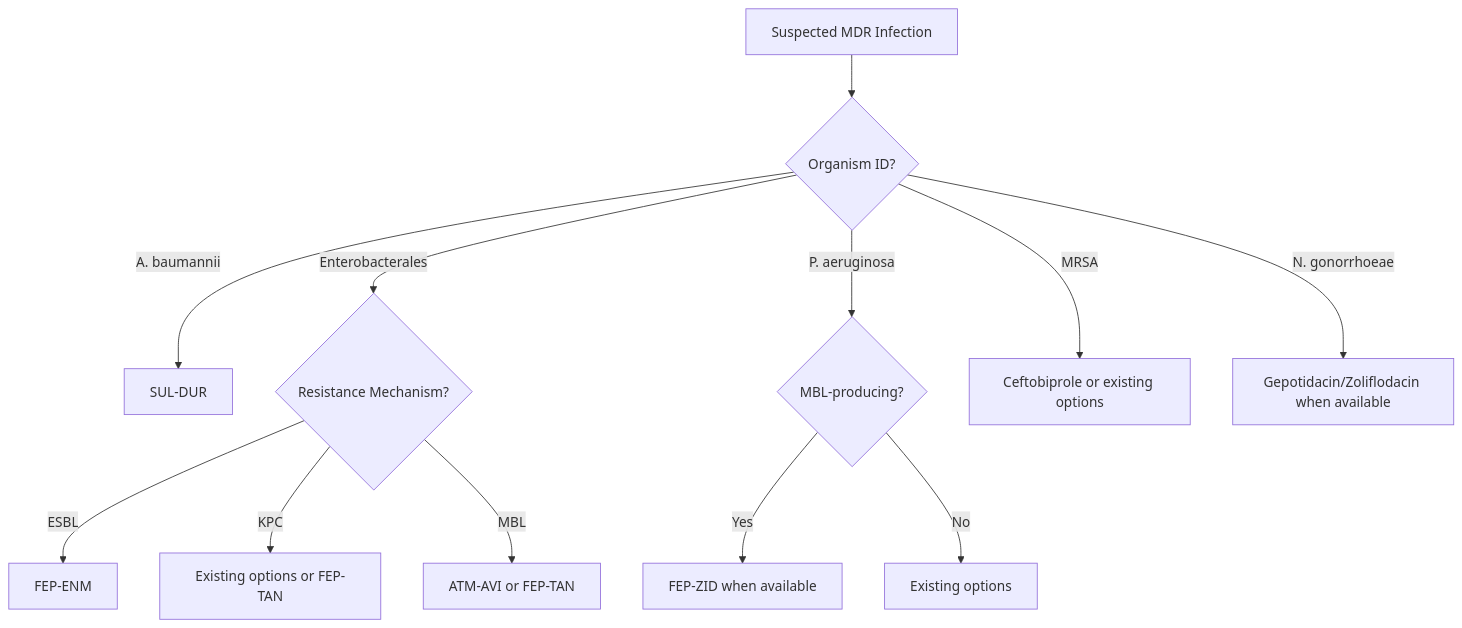
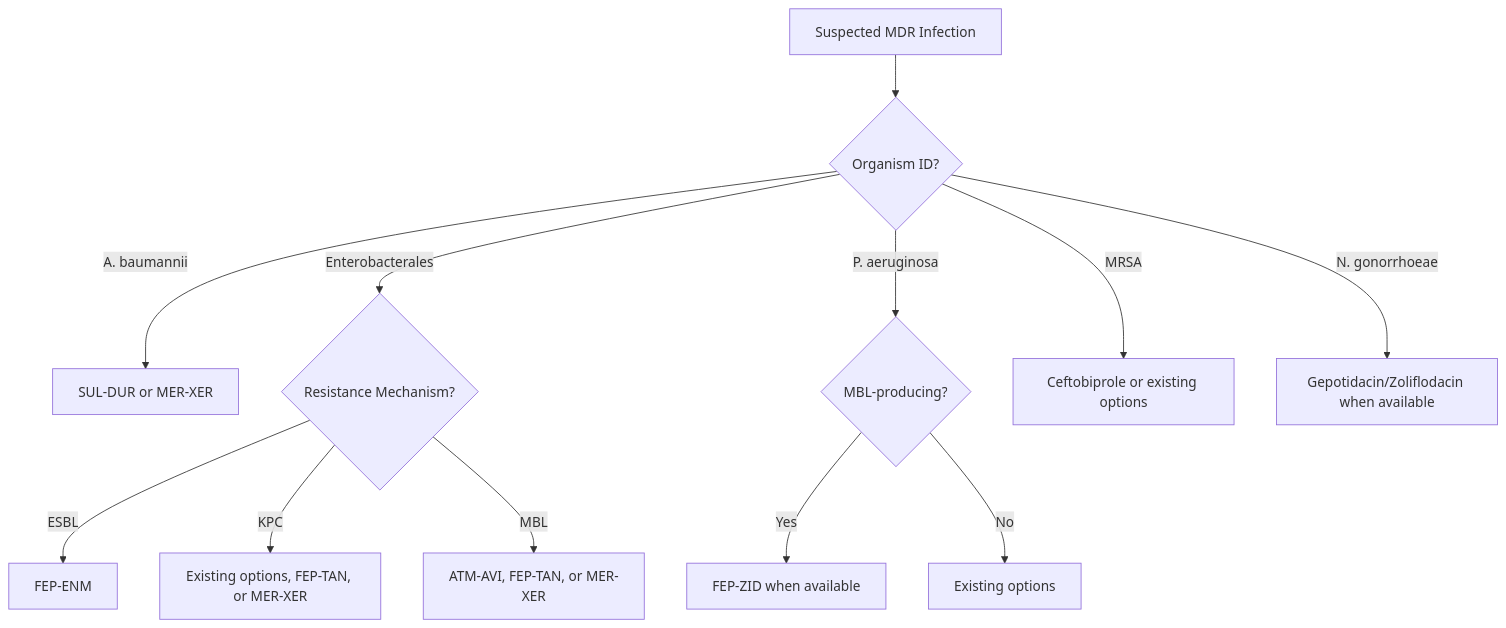
Before and after one commit to Russlewisbo/newer_abx: the second of 3 diagrams in chapter-slides.qmd, drawn with Mermaid. The commit also changed other lines of this file and 68 other files, not shown here.

````diff
--- a/chapter-slides.qmd
+++ b/chapter-slides.qmd
@@ -1370,14 +1379,14 @@
 ```{mermaid}
 flowchart TB
     A[Suspected MDR Infection] --> B{Organism ID?}
-    B -->|A. baumannii| C[SUL-DUR]
+    B -->|A. baumannii| C[SUL-DUR or MER-XER]
     B -->|Enterobacterales| D{Resistance Mechanism?}
     D -->|ESBL| E[FEP-ENM]
-    D -->|KPC| F[Existing options or FEP-TAN]
-    D -->|MBL| G[ATM-AVI or FEP-TAN]
+    D -->|KPC| F[Existing options, FEP-TAN, or MER-XER]
+    D -->|MBL| G[ATM-AVI, FEP-TAN, or MER-XER]
     B -->|P. aeruginosa| H{MBL-producing?}
     H -->|Yes| I[FEP-ZID when available]
     H -->|No| J[Existing options]
     B -->|MRSA| K[Ceftobiprole or existing options]
     B -->|N. gonorrhoeae| L[Gepotidacin/Zoliflodacin when available]
 ```
````
